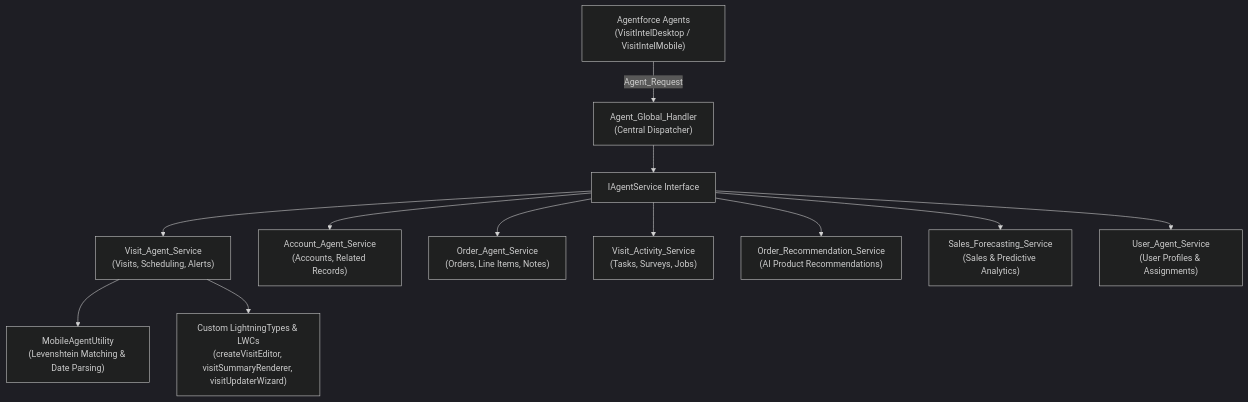
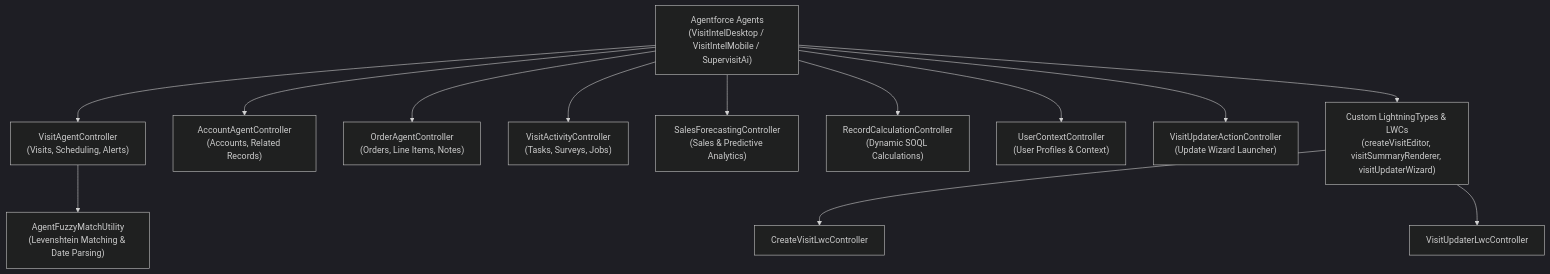
Before and after one commit to Swaroop-Bobba/CGCLOUD: the diagram in .agents/skills/visit-intelligence-agentforce/SKILL.md, drawn with Mermaid (dark theme). The commit also changed other lines of this file and 117 other files, not shown here.

````diff
--- a/.agents/skills/visit-intelligence-agentforce/SKILL.md
+++ b/.agents/skills/visit-intelligence-agentforce/SKILL.md
@@ -16,21 +16,19 @@
 ```mermaid
 graph TD
-    Agent["Agentforce Agents<br/>(VisitIntelDesktop / VisitIntelMobile)"]
-    Router["Agent_Global_Handler<br/>(Central Dispatcher)"]
-    Interface["IAgentService Interface"]
+    Agent["Agentforce Agents<br/>(VisitIntelDesktop / VisitIntelMobile / SupervisitAi)"]
 
-    Agent -->|Agent_Request| Router
-    Router --> Interface
+    Agent --> VAC["VisitAgentController<br/>(Visits, Scheduling, Alerts)"]
+    Agent --> AAC["AccountAgentController<br/>(Accounts, Related Records)"]
+    Agent --> OAC["OrderAgentController<br/>(Orders, Line Items, Notes)"]
+    Agent --> VActC["VisitActivityController<br/>(Tasks, Surveys, Jobs)"]
+    Agent --> SFC["SalesForecastingController<br/>(Sales & Predictive Analytics)"]
+    Agent --> RCC["RecordCalculationController<br/>(Dynamic SOQL Calculations)"]
+    Agent --> UCC["UserContextController<br/>(User Profiles & Context)"]
+    Agent --> VUAC["VisitUpdaterActionController<br/>(Update Wizard Launcher)"]
 
-    Interface --> VAS["Visit_Agent_Service<br/>(Visits, Scheduling, Alerts)"]
-    Interface --> AAS["Account_Agent_Service<br/>(Accounts, Related Records)"]
-    Interface --> OAS["Order_Agent_Service<br/>(Orders, Line Items, Notes)"]
-    Interface --> VAService["Visit_Activity_Service<br/>(Tasks, Surveys, Jobs)"]
-    Interface --> ORS["Order_Recommendation_Service<br/>(AI Product Recommendations)"]
-    Interface --> SFS["Sales_Forecasting_Service<br/>(Sales & Predictive Analytics)"]
-    Interface --> UAS["User_Agent_Service<br/>(User Profiles & Assignments)"]
+    VAC --> Utility["AgentFuzzyMatchUtility<br/>(Levenshtein Matching & Date Parsing)"]
 
-    VAS --> Utility["MobileAgentUtility<br/>(Levenshtein Matching & Date Parsing)"]
-
-    VAS --> Renderers["Custom LightningTypes & LWCs<br/>(createVisitEditor, visitSummaryRenderer, visitUpdaterWizard)"]
+    Agent --> Renderers["Custom LightningTypes & LWCs<br/>(createVisitEditor, visitSummaryRenderer, visitUpdaterWizard)"]
+    Renderers --> CVLC["CreateVisitLwcController"]
+    Renderers --> VULC["VisitUpdaterLwcController"]
 ```
````
